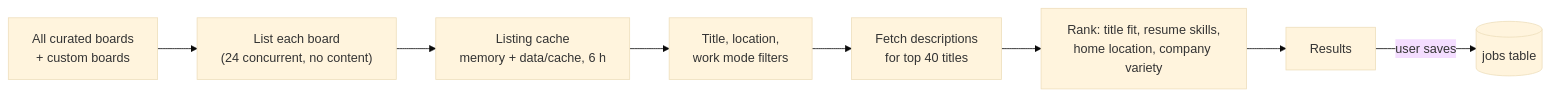
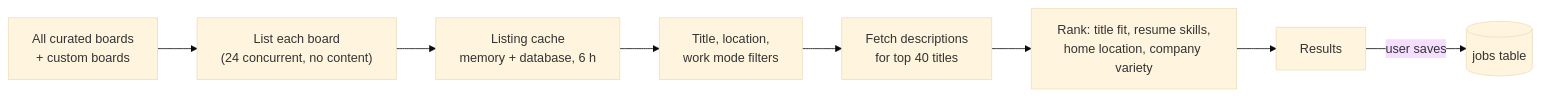
Before and after one commit to tlmcguire/fistbump: the sixth of 8 diagrams in docs/architecture.md, drawn with Mermaid (base theme). The commit also changed other lines of this file and 3 other files, not shown here.

````diff
--- a/docs/architecture.md
+++ b/docs/architecture.md
@@ -204,10 +204,10 @@
 ```mermaid
 flowchart LR
     Boards["All curated boards<br/>+ custom boards"] --> List["List each board<br/>(24 concurrent, no content)"]
-    List --> Cache["Listing cache<br/>memory + data/cache, 6 h"]
+    List --> Cache["Listing cache<br/>memory + database, 6 h"]
     Cache --> Filter["Title, location,<br/>work mode filters"]
     Filter --> Detail["Fetch descriptions<br/>for top 40 titles"]
     Detail --> Rank["Rank: title fit, resume skills,<br/>home location, company variety"]
     Rank --> Results[Results]
     Results -->|user saves| Import[("jobs table")]
 ```
````
